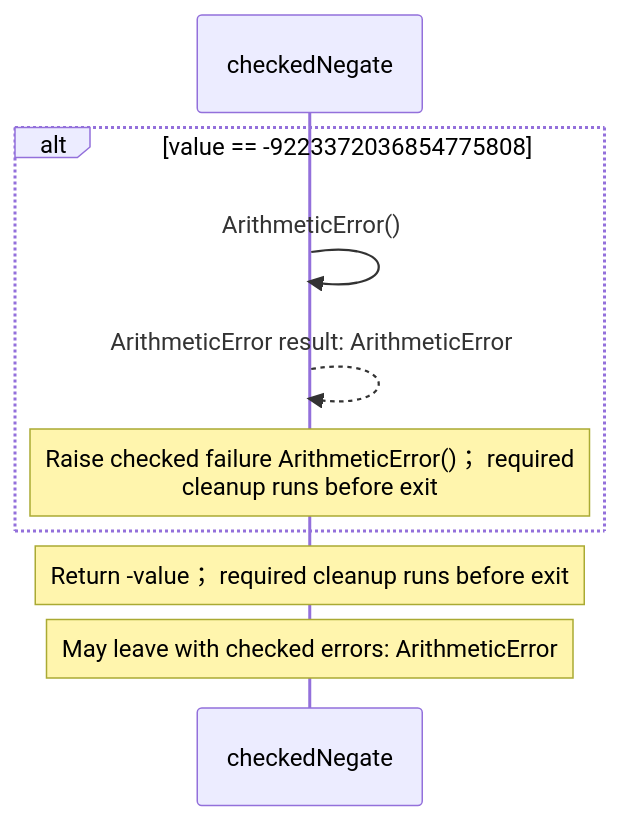
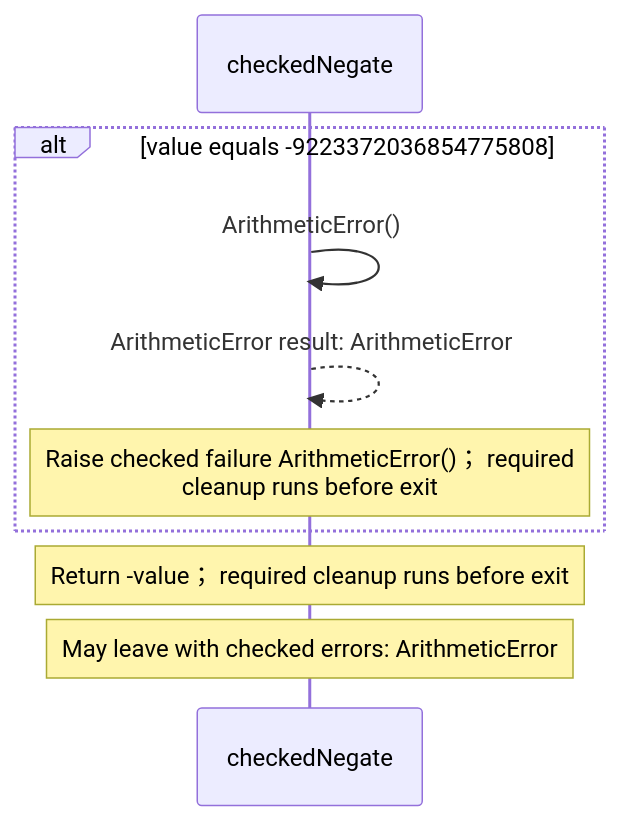
Before and after one commit to GreenPandaStudios/augscript: the fifth of 7 diagrams in src/stdlib/math/integers.aug.diagrams.md, drawn with Mermaid. The commit also changed other lines of this file and 658 other files, not shown here.

````diff
--- a/src/stdlib/math/integers.aug.diagrams.md
+++ b/src/stdlib/math/integers.aug.diagrams.md
@@ -105,12 +135,12 @@
 ```mermaid
 sequenceDiagram
     participant p0 as checkedNegate
 
-    alt value == -9223372036854775808
+    alt value equals -9223372036854775808
     p0->>p0: ArithmeticError()
     p0-->>p0: ArithmeticError result: ArithmeticError
     Note over p0: Raise checked failure ArithmeticError()； required<br/>cleanup runs before exit
     end
     Note over p0: Return -value； required cleanup runs before exit
     Note over p0: May leave with checked errors: ArithmeticError
 ```
````
